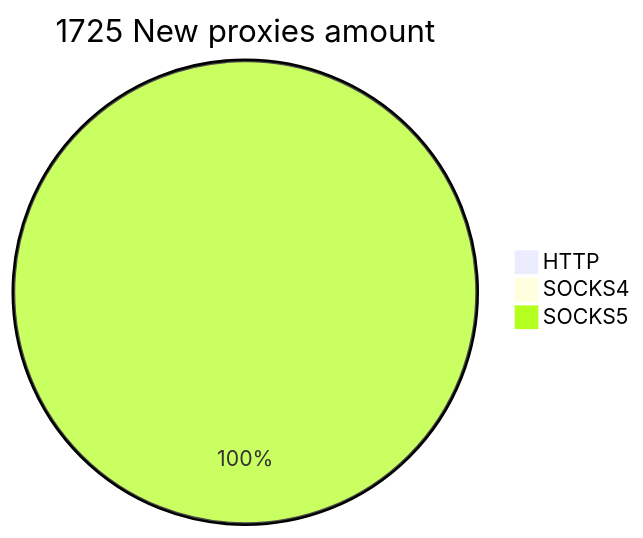
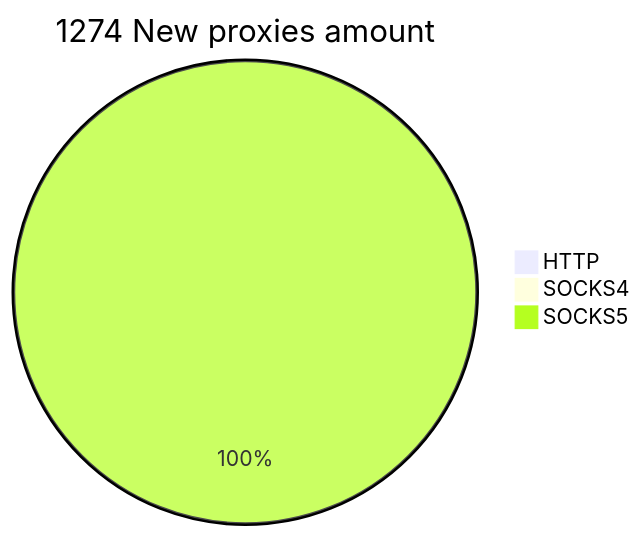
The second of 2 diagrams in README.md (cutipu/proxylist), drawn with Mermaid before and after one commit. The commit also changed other lines of this file, not shown here.

````diff
--- a/README.md
+++ b/README.md
@@ -10,6 +10,6 @@
 ```mermaid
-pie title 1725 New proxies amount
+pie title 1274 New proxies amount
     "HTTP" : 0
     "SOCKS4" : 0
-    "SOCKS5" : 1725
+    "SOCKS5" : 1274
 ```
````
